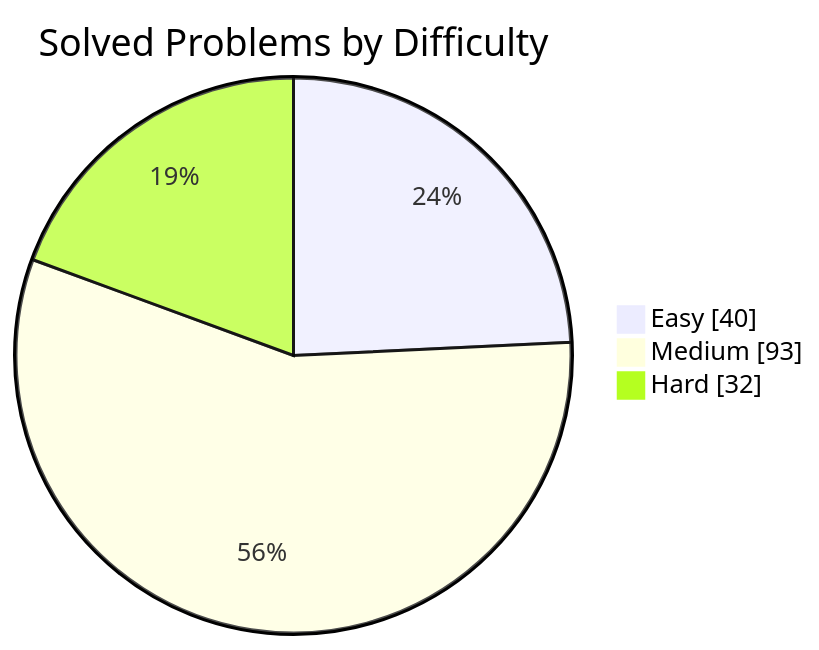
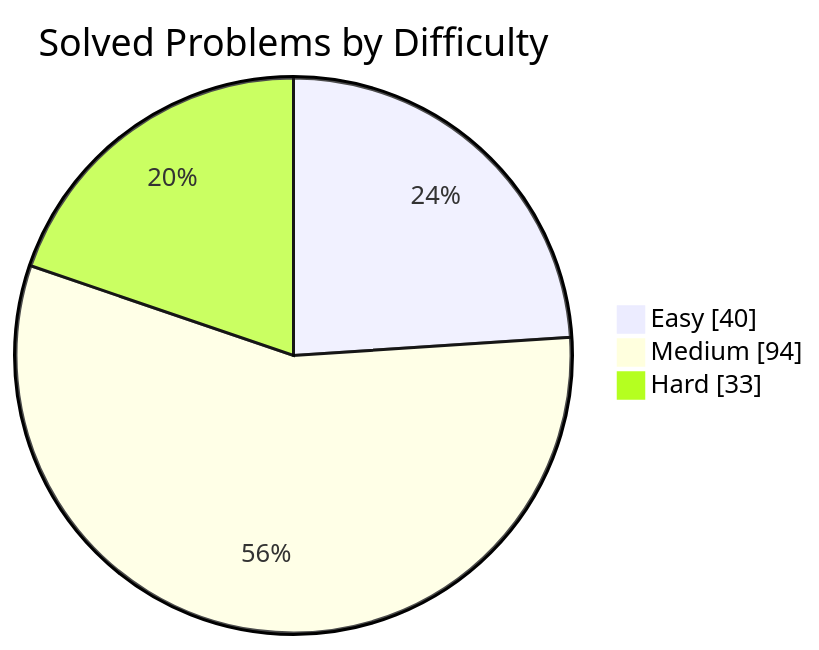
The first of 2 diagrams in README.md (manikantbindass/DSA-Preparation-FAANG), drawn with Mermaid before and after one commit. The commit also changed other lines of this file, not shown here.

````diff
--- a/README.md
+++ b/README.md
@@ -38,7 +38,7 @@
 ```mermaid
 pie showData
     title Solved Problems by Difficulty
     "Easy" : 40
-    "Medium" : 93
-    "Hard" : 32
+    "Medium" : 94
+    "Hard" : 33
 ```
````
